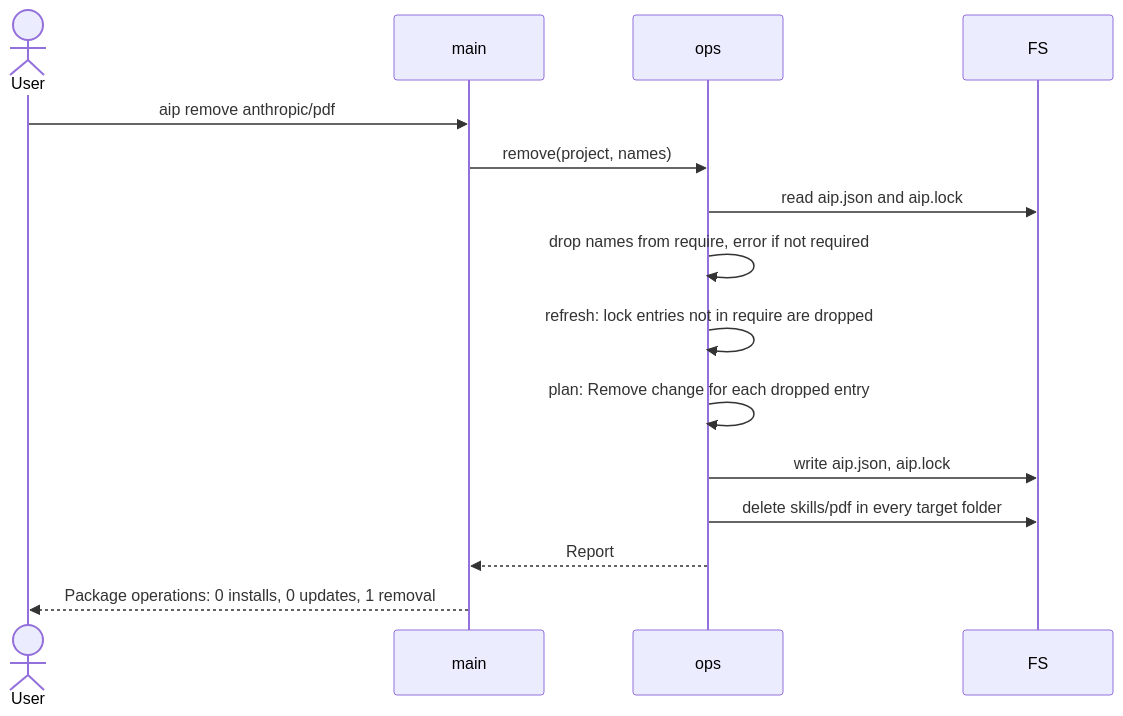
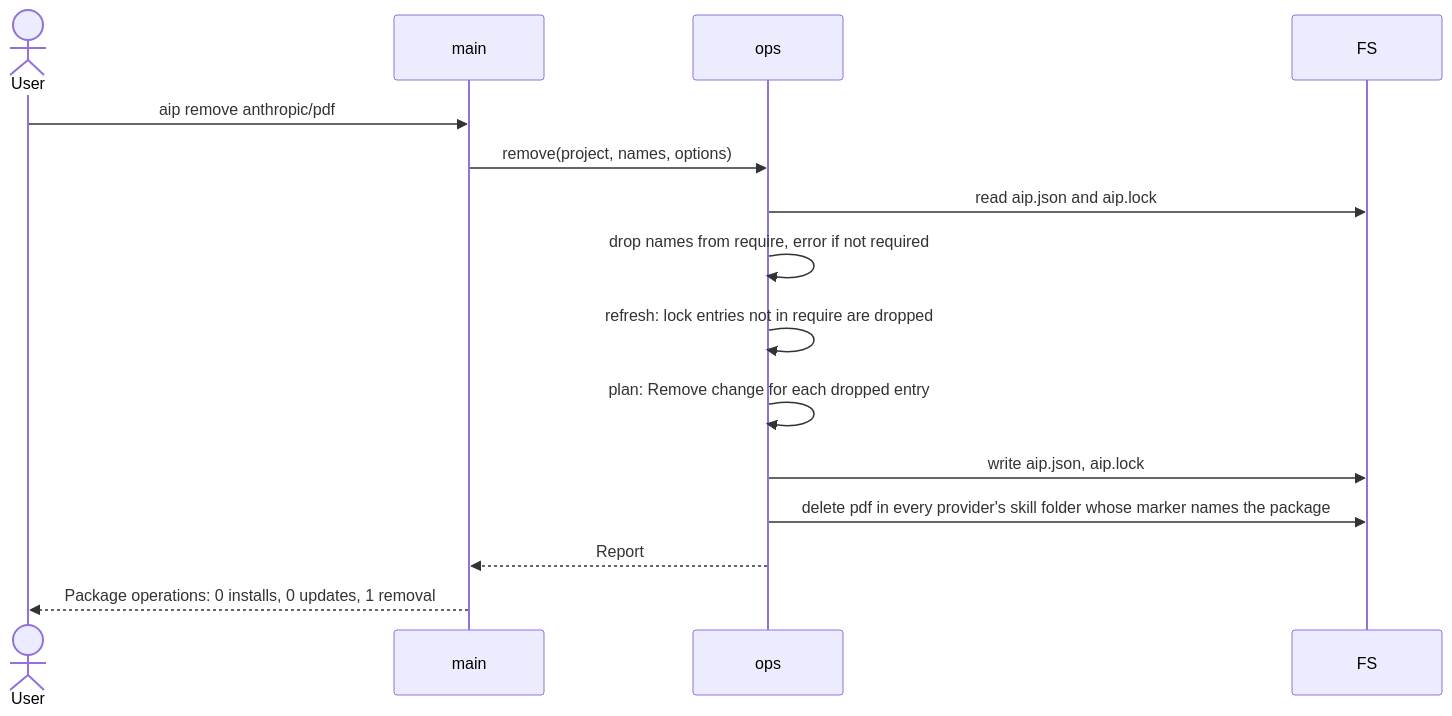
Before and after one commit to floriankraemer/ai-package-manger: the fifth of 7 diagrams in docs/architecture/arc42/06-runtime-view.md, drawn with Mermaid. The commit also changed other lines of this file and 18 other files, not shown here.

````diff
--- a/docs/architecture/arc42/06-runtime-view.md
+++ b/docs/architecture/arc42/06-runtime-view.md
@@ -143,17 +158,17 @@
 ```mermaid
 sequenceDiagram
     actor U as User
     participant M as main
     participant O as ops
     participant F as FS
     U->>M: aip remove anthropic/pdf
-    M->>O: remove(project, names)
+    M->>O: remove(project, names, options)
     O->>F: read aip.json and aip.lock
     O->>O: drop names from require, error if not required
     O->>O: refresh: lock entries not in require are dropped
     O->>O: plan: Remove change for each dropped entry
     O->>F: write aip.json, aip.lock
-    O->>F: delete skills/pdf in every target folder
+    O->>F: delete pdf in every provider's skill folder whose marker names the package
     O-->>M: Report
     M-->>U: Package operations: 0 installs, 0 updates, 1 removal
 ```
````
